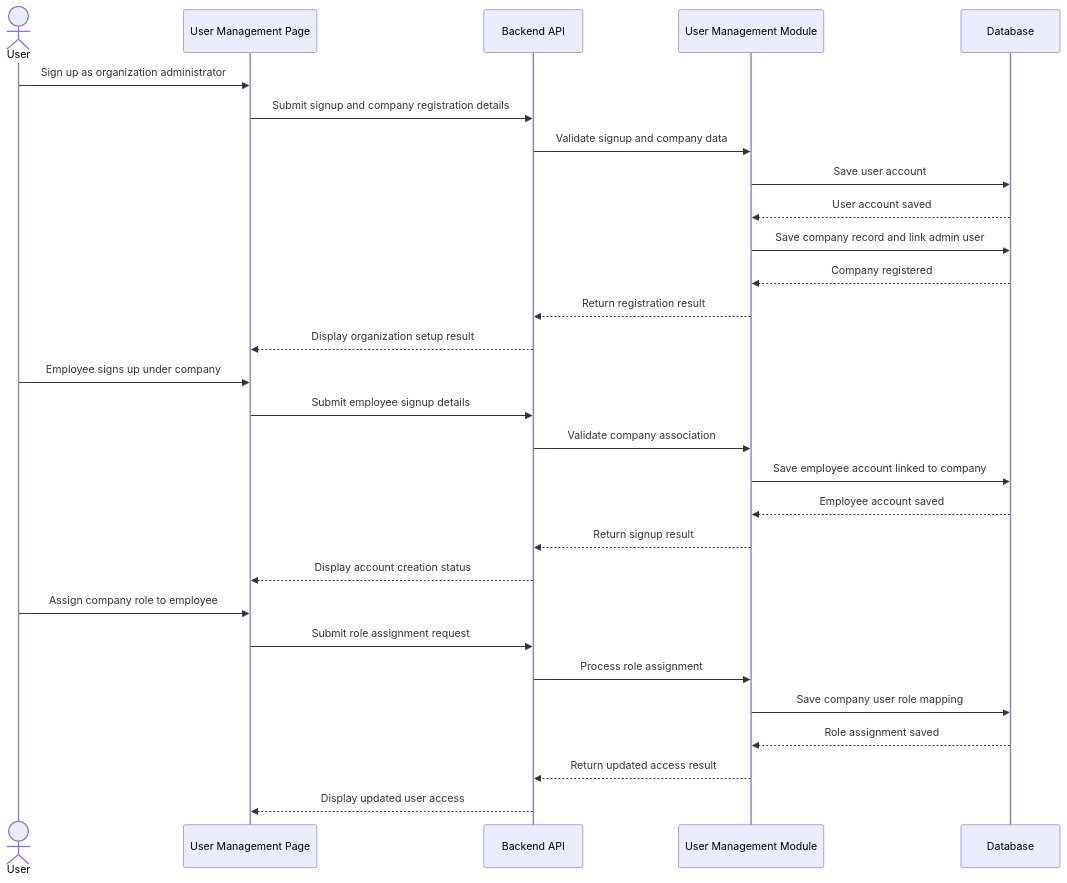
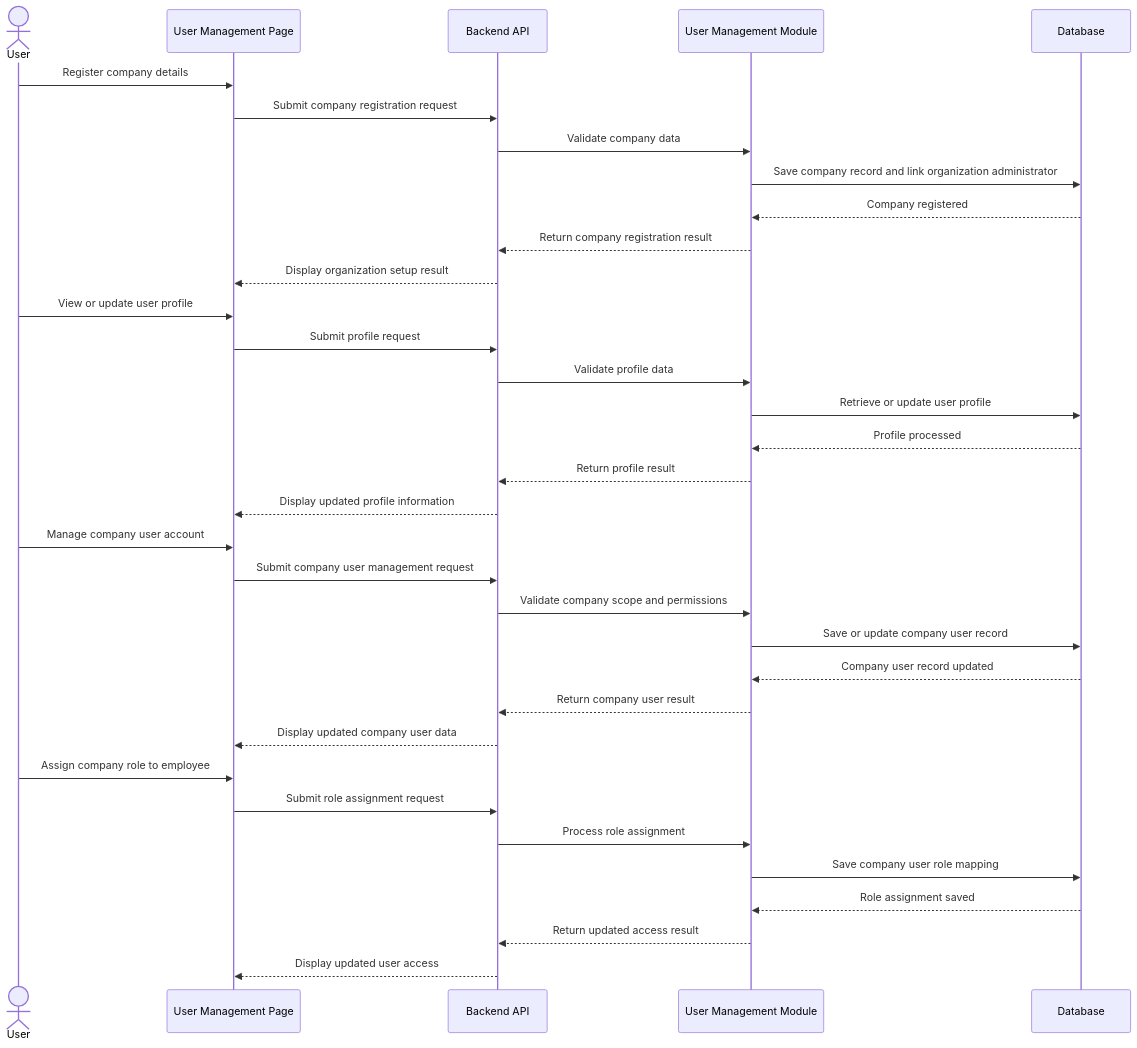
The second of 12 diagrams in docs/architecture/Low_Level_Design.md (Wiii-1/LINAW), drawn with Mermaid before and after one commit. The commit also changed other lines of this file and 3 other files, not shown here.

````diff
--- a/docs/architecture/Low_Level_Design.md
+++ b/docs/architecture/Low_Level_Design.md
@@ -359,34 +472,40 @@
 ```mermaid
 sequenceDiagram
     actor User
     participant UI as User Management Page
     participant API as Backend API
     participant UM as User Management Module
     participant DB as Database
 
-    User->>UI: Sign up as organization administrator
-    UI->>API: Submit signup and company registration details
-    API->>UM: Validate signup and company data
-    UM->>DB: Save user account
-    DB-->>UM: User account saved
-    UM->>DB: Save company record and link admin user
+    User->>UI: Register company details
+    UI->>API: Submit company registration request
+    API->>UM: Validate company data
+    UM->>DB: Save company record and link organization administrator
     DB-->>UM: Company registered
-    UM-->>API: Return registration result
+    UM-->>API: Return company registration result
     API-->>UI: Display organization setup result
 
-    User->>UI: Employee signs up under company
-    UI->>API: Submit employee signup details
-    API->>UM: Validate company association
-    UM->>DB: Save employee account linked to company
-    DB-->>UM: Employee account saved
-    UM-->>API: Return signup result
-    API-->>UI: Display account creation status
+    User->>UI: View or update user profile
+    UI->>API: Submit profile request
+    API->>UM: Validate profile data
+    UM->>DB: Retrieve or update user profile
+    DB-->>UM: Profile processed
+    UM-->>API: Return profile result
+    API-->>UI: Display updated profile information
+
+    User->>UI: Manage company user account
+    UI->>API: Submit company user management request
+    API->>UM: Validate company scope and permissions
+    UM->>DB: Save or update company user record
+    DB-->>UM: Company user record updated
+    UM-->>API: Return company user result
+    API-->>UI: Display updated company user data
 
     User->>UI: Assign company role to employee
     UI->>API: Submit role assignment request
     API->>UM: Process role assignment
     UM->>DB: Save company user role mapping
     DB-->>UM: Role assignment saved
     UM-->>API: Return updated access result
     API-->>UI: Display updated user access
 ```
````
